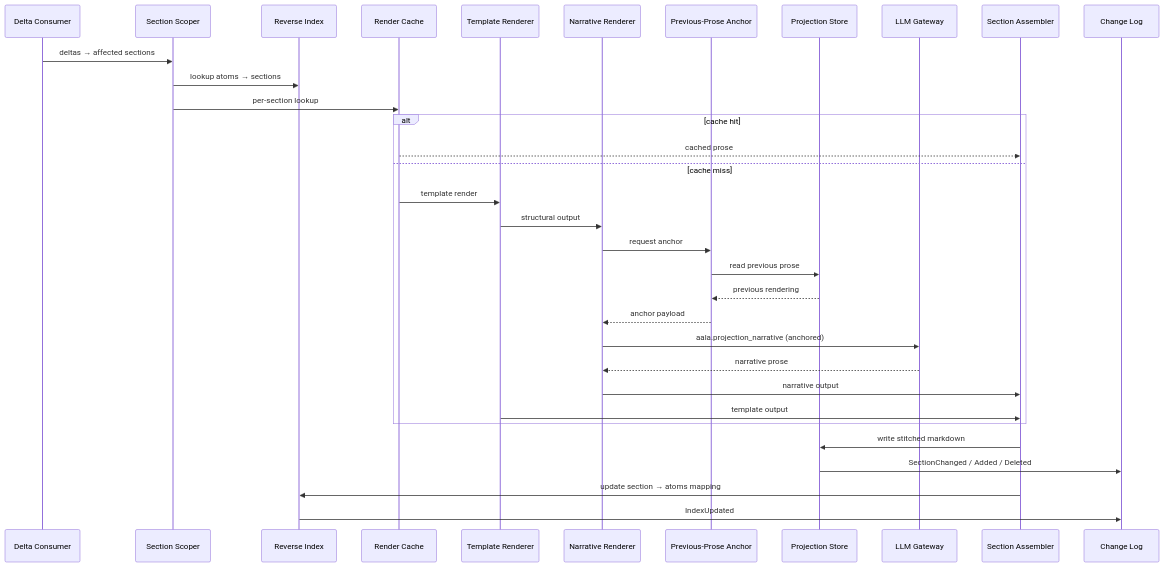
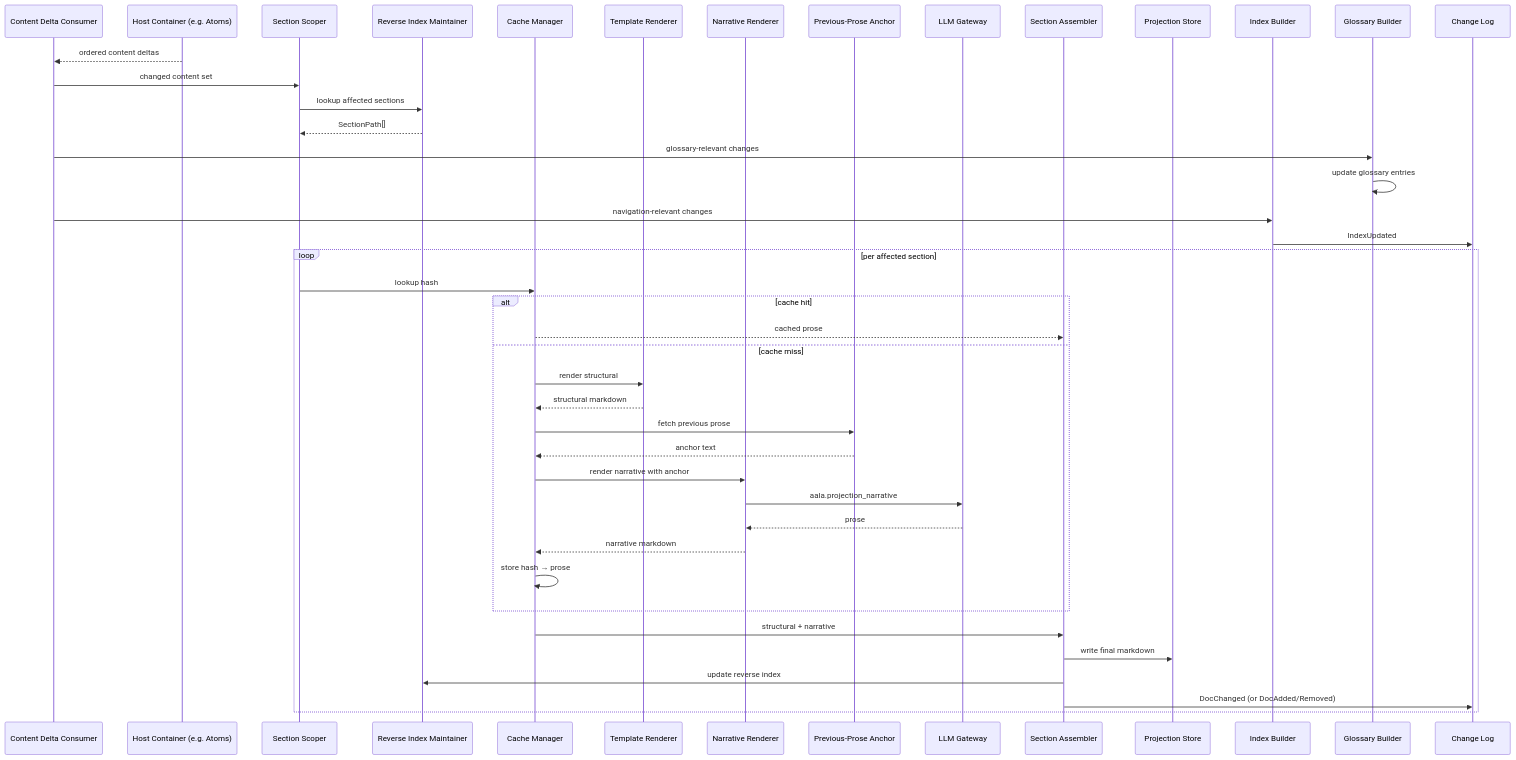
Before and after one commit to Gubbi/aala: the diagram in docs/L3/04-projection.md, drawn with Mermaid. The commit also changed other lines of this file and 68 other files, not shown here.

````diff
--- a/docs/L3/04-projection.md
+++ b/docs/L3/04-projection.md
@@ -27,36 +29,47 @@
 ```mermaid
 sequenceDiagram
-    participant DC as Delta Consumer
+    participant Consumer as Content Delta Consumer
+    participant Host as Host Container (e.g. Atoms)
     participant Scoper as Section Scoper
-    participant RI as Reverse Index
-    participant Cache as Render Cache
-    participant TR as Template Renderer
-    participant NR as Narrative Renderer
+    participant RIM as Reverse Index Maintainer
+    participant Cache as Cache Manager
+    participant Tpl as Template Renderer
+    participant Nar as Narrative Renderer
     participant Anchor as Previous-Prose Anchor
-    participant Store as Projection Store
     participant LLM as LLM Gateway
     participant Asm as Section Assembler
+    participant Store as Projection Store
+    participant Idx as Index Builder
+    participant Gloss as Glossary Builder
     participant Log as Change Log
 
-    DC->>Scoper: deltas → affected sections
-    Scoper->>RI: lookup atoms → sections
-    Scoper->>Cache: per-section lookup
-    alt cache hit
-        Cache-->>Asm: cached prose
-    else cache miss
-        Cache->>TR: template render
-        TR->>NR: structural output
-        NR->>Anchor: request anchor
-        Anchor->>Store: read previous prose
-        Store-->>Anchor: previous rendering
-        Anchor-->>NR: anchor payload
-        NR->>LLM: aala.projection_narrative (anchored)
-        LLM-->>NR: narrative prose
-        NR->>Asm: narrative output
-        TR->>Asm: template output
+    Host-->>Consumer: ordered content deltas
+    Consumer->>Scoper: changed content set
+    Scoper->>RIM: lookup affected sections
+    RIM-->>Scoper: SectionPath[]
+    Consumer->>Gloss: glossary-relevant changes
+    Gloss->>Gloss: update glossary entries
+    Consumer->>Idx: navigation-relevant changes
+    Idx->>Log: IndexUpdated
+
+    loop per affected section
+        Scoper->>Cache: lookup hash
+        alt cache hit
+            Cache-->>Asm: cached prose
+        else cache miss
+            Cache->>Tpl: render structural
+            Tpl-->>Cache: structural markdown
+            Cache->>Anchor: fetch previous prose
+            Anchor-->>Cache: anchor text
+            Cache->>Nar: render narrative with anchor
+            Nar->>LLM: aala.projection_narrative
+            LLM-->>Nar: prose
+            Nar-->>Cache: narrative markdown
+            Cache->>Cache: store hash → prose
+        end
+        Cache->>Asm: structural + narrative
+        Asm->>Store: write final markdown
+        Asm->>RIM: update reverse index
+        Asm->>Log: DocChanged (or DocAdded/Removed)
     end
-    Asm->>Store: write stitched markdown
-    Store->>Log: SectionChanged / Added / Deleted
-    Asm->>RI: update section → atoms mapping
-    RI->>Log: IndexUpdated
 ```
````
